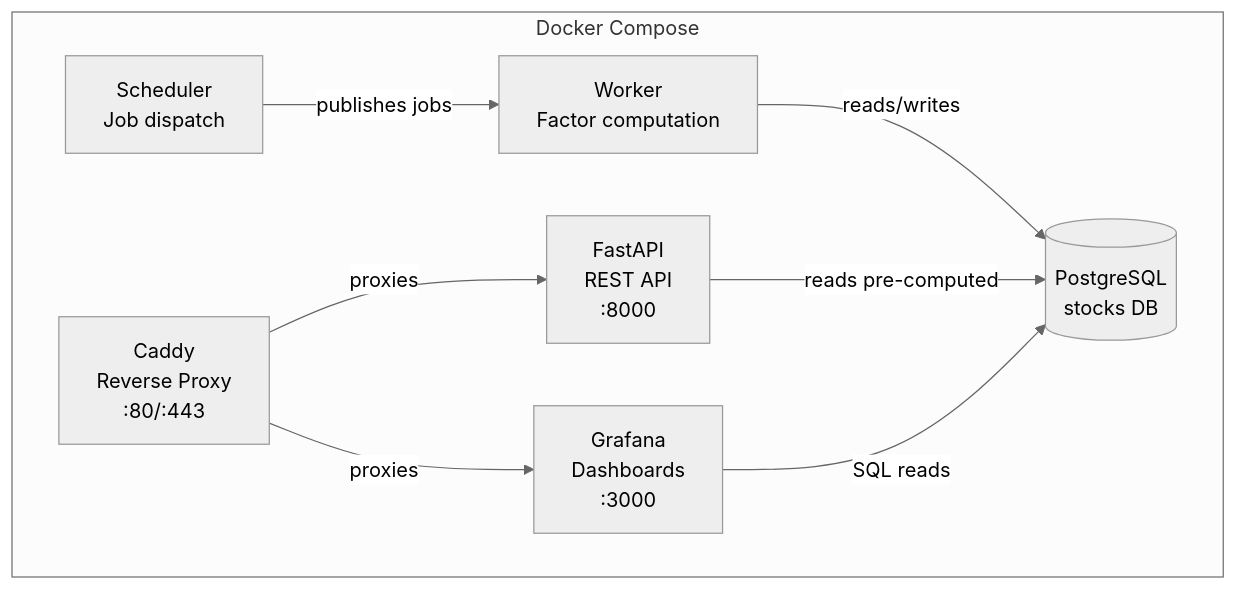
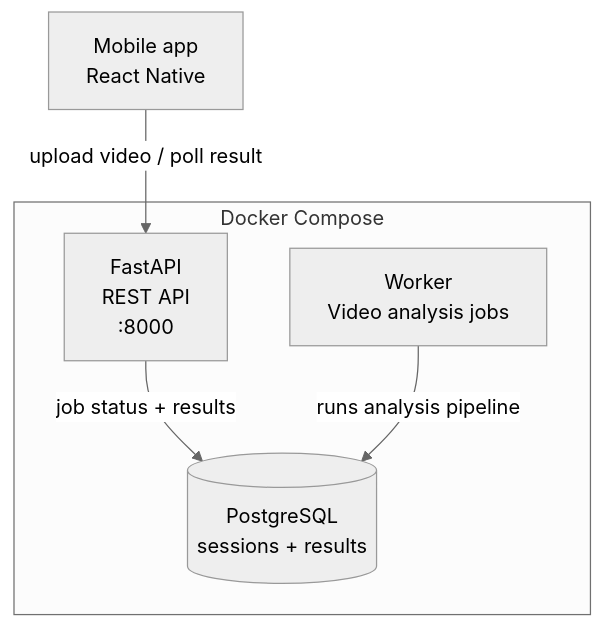
The second of 3 diagrams in .github/skills/architecture-patterns.md (MikkoIisakki/motion-detective), drawn with Mermaid (neutral theme) before and after one commit. The commit also changed other lines of this file and 30 other files, not shown here.

````diff
--- a/.github/skills/architecture-patterns.md
+++ b/.github/skills/architecture-patterns.md
@@ -34,18 +31,13 @@
 ```mermaid
 graph TD
+    Mobile[Mobile app\nReact Native]
     subgraph Docker Compose
         API[FastAPI\nREST API\n:8000]
-        Worker[Worker\nFactor computation]
-        Scheduler[Scheduler\nJob dispatch]
-        DB[(PostgreSQL\nstocks DB)]
-        Grafana[Grafana\nDashboards\n:3000]
-        Caddy[Caddy\nReverse Proxy\n:80/:443]
+        Worker[Worker\nVideo analysis jobs]
+        DB[(PostgreSQL\nsessions + results)]
     end
 
-    Scheduler -->|publishes jobs| Worker
-    Worker -->|reads/writes| DB
-    API -->|reads pre-computed| DB
-    Grafana -->|SQL reads| DB
-    Caddy -->|proxies| API
-    Caddy -->|proxies| Grafana
+    Mobile -->|upload video / poll result| API
+    API -->|job status + results| DB
+    Worker -->|runs analysis pipeline| DB
 ```
````
